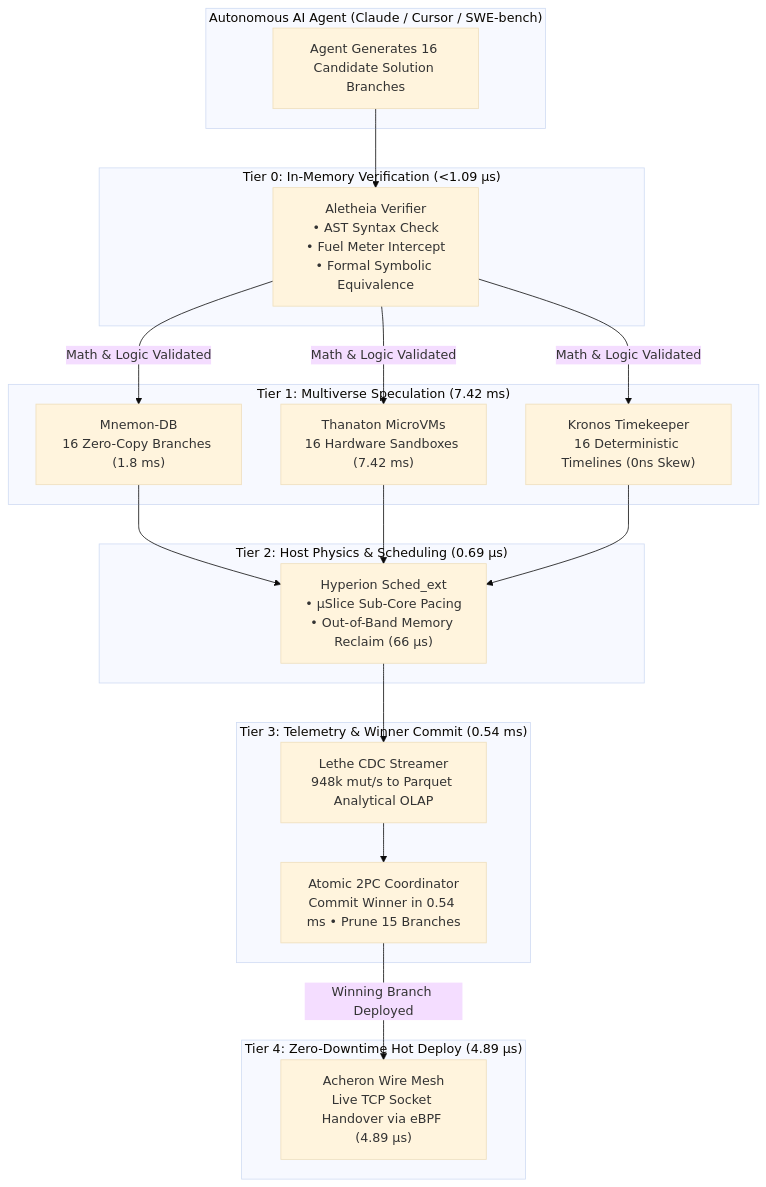
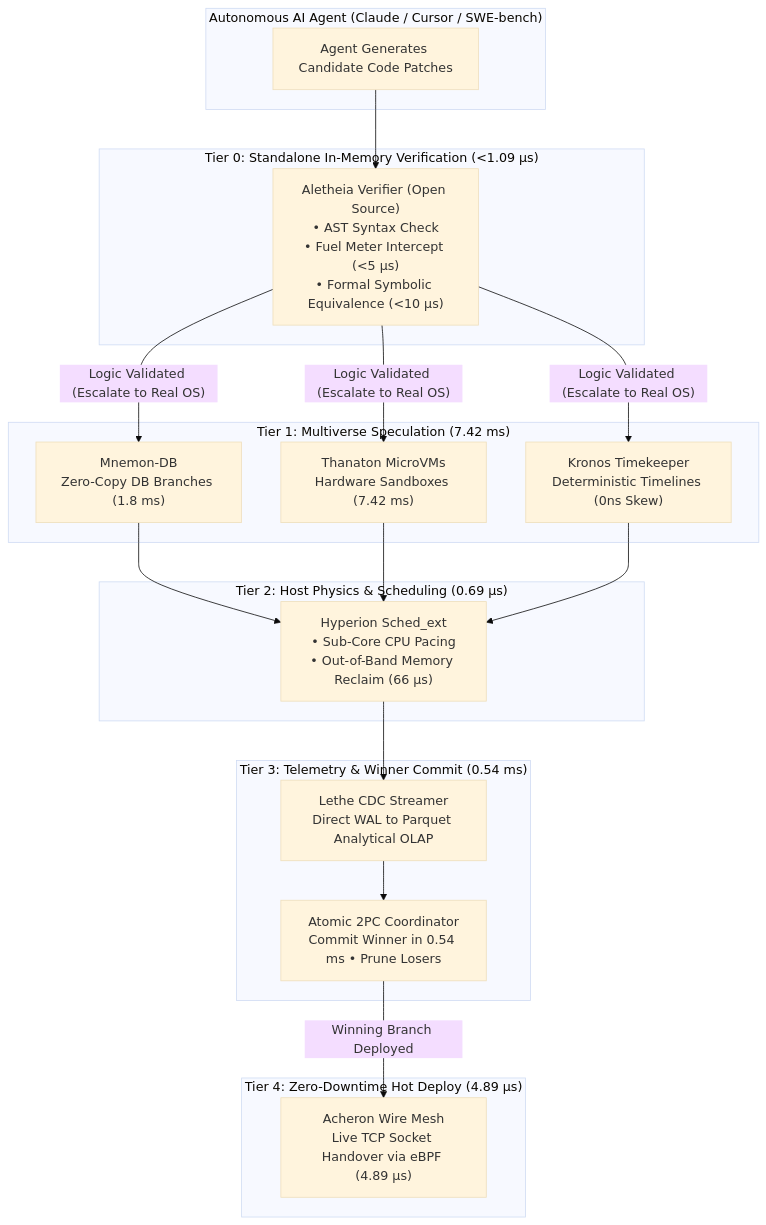
Before and after one commit to MOHITRAJDEO12345/ciel-Aletheia: the first of 2 diagrams in README.md, drawn with Mermaid (base theme). The commit also changed other lines of this file and 1 other file, not shown here.

Commit message:
docs: ground README benchmarks, clarify Tier 0 vs Cloud, and create turnkey launch posts

````diff
--- a/README.md
+++ b/README.md
@@ -201,36 +155,36 @@
 ```mermaid
 flowchart TD
     subgraph Agent ["Autonomous AI Agent (Claude / Cursor / SWE-bench)"]
-        PROMPT["Agent Generates 16 Candidate Solution Branches"]
+        PROMPT["Agent Generates Candidate Code Patches"]
     end
 
-    subgraph Tier0 ["Tier 0: In-Memory Verification (<1.09 µs)"]
-        ALETHEIA["Aletheia Verifier<br/>• AST Syntax Check<br/>• Fuel Meter Intercept<br/>• Formal Symbolic Equivalence"]
+    subgraph Tier0 ["Tier 0: Standalone In-Memory Verification (<1.09 µs)"]
+        ALETHEIA["Aletheia Verifier (Open Source)<br/>• AST Syntax Check<br/>• Fuel Meter Intercept (<5 µs)<br/>• Formal Symbolic Equivalence (<10 µs)"]
     end
 
     subgraph Tier1 ["Tier 1: Multiverse Speculation (7.42 ms)"]
-        MNEMON["Mnemon-DB<br/>16 Zero-Copy Branches (1.8 ms)"]
-        THANATON["Thanaton MicroVMs<br/>16 Hardware Sandboxes (7.42 ms)"]
-        KRONOS["Kronos Timekeeper<br/>16 Deterministic Timelines (0ns Skew)"]
+        MNEMON["Mnemon-DB<br/>Zero-Copy DB Branches (1.8 ms)"]
+        THANATON["Thanaton MicroVMs<br/>Hardware Sandboxes (7.42 ms)"]
+        KRONOS["Kronos Timekeeper<br/>Deterministic Timelines (0ns Skew)"]
     end
 
     subgraph Tier2 ["Tier 2: Host Physics & Scheduling (0.69 µs)"]
-        HYPERION["Hyperion Sched_ext<br/>• µSlice Sub-Core Pacing<br/>• Out-of-Band Memory Reclaim (66 µs)"]
+        HYPERION["Hyperion Sched_ext<br/>• Sub-Core CPU Pacing<br/>• Out-of-Band Memory Reclaim (66 µs)"]
     end
 
     subgraph Tier3 ["Tier 3: Telemetry & Winner Commit (0.54 ms)"]
-        LETHE["Lethe CDC Streamer<br/>948k mut/s to Parquet Analytical OLAP"]
-        COORD["Atomic 2PC Coordinator<br/>Commit Winner in 0.54 ms • Prune 15 Branches"]
+        LETHE["Lethe CDC Streamer<br/>Direct WAL to Parquet Analytical OLAP"]
+        COORD["Atomic 2PC Coordinator<br/>Commit Winner in 0.54 ms • Prune Losers"]
     end
 
     subgraph Tier4 ["Tier 4: Zero-Downtime Hot Deploy (4.89 µs)"]
         ACHERON["Acheron Wire Mesh<br/>Live TCP Socket Handover via eBPF (4.89 µs)"]
     end
 
     PROMPT --> ALETHEIA
-    ALETHEIA -- "Math & Logic Validated" --> MNEMON & THANATON & KRONOS
+    ALETHEIA -- "Logic Validated (Escalate to Real OS)" --> MNEMON & THANATON & KRONOS
     MNEMON & THANATON & KRONOS --> HYPERION
     HYPERION --> LETHE
     LETHE --> COORD
     COORD -- "Winning Branch Deployed" --> ACHERON
 ```
````
